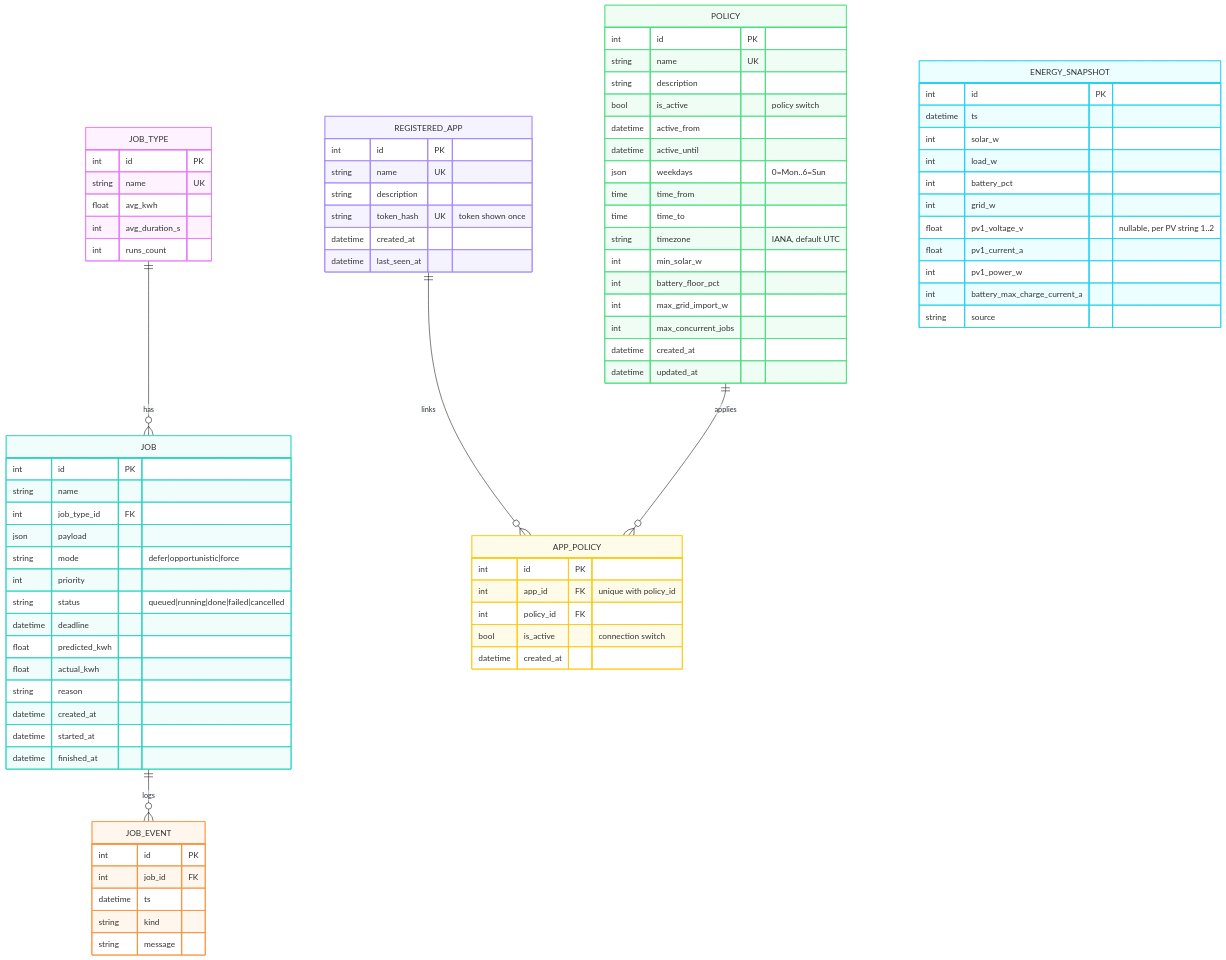
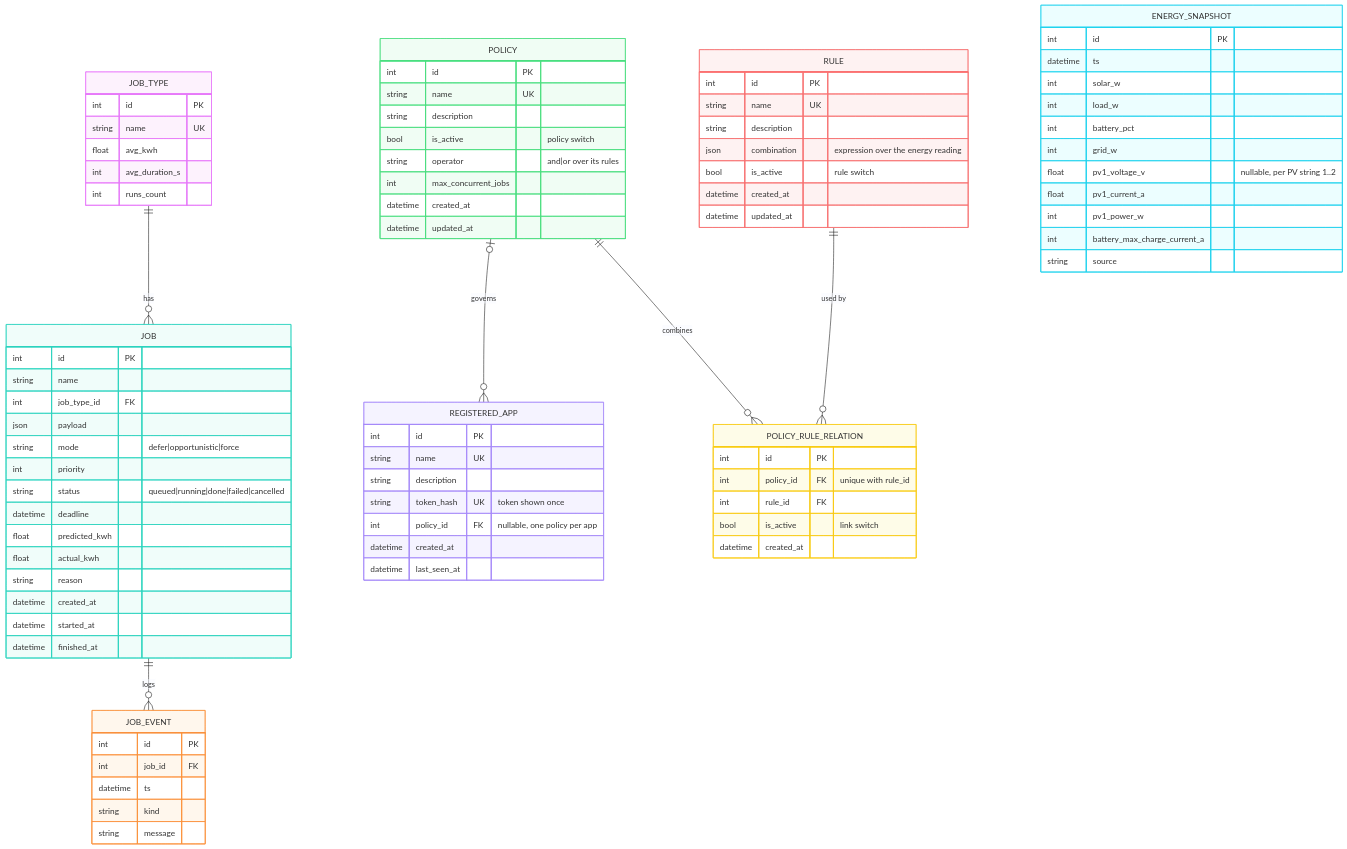
The diagram in docs/db-schema.mmd (Solyariy/DirectorApp), drawn with Mermaid (base theme) before and after one commit. The commit also changed 49 other files, not shown here.

Commit message:
[add] rules and new policy

```diff
--- a/docs/db-schema.mmd
+++ b/docs/db-schema.mmd
@@ -1,104 +1,110 @@
 erDiagram
     JOB_TYPE ||--o{ JOB : has
     JOB ||--o{ JOB_EVENT : logs
-    REGISTERED_APP ||--o{ APP_POLICY : links
-    POLICY ||--o{ APP_POLICY : applies
+    POLICY |o--o{ REGISTERED_APP : governs
+    POLICY ||--o{ POLICY_RULE_RELATION : combines
+    RULE ||--o{ POLICY_RULE_RELATION : "used by"
 
     JOB_TYPE {
         int id PK
         string name UK
         float avg_kwh
         int avg_duration_s
         int runs_count
     }
 
     JOB {
         int id PK
         string name
         int job_type_id FK
         json payload
         string mode "defer|opportunistic|force"
         int priority
         string status "queued|running|done|failed|cancelled"
         datetime deadline
         float predicted_kwh
         float actual_kwh
         string reason
         datetime created_at
         datetime started_at
         datetime finished_at
     }
 
     JOB_EVENT {
         int id PK
         int job_id FK
         datetime ts
         string kind
         string message
     }
 
     ENERGY_SNAPSHOT {
         int id PK
         datetime ts
         int solar_w
         int load_w
         int battery_pct
         int grid_w
         float pv1_voltage_v "nullable, per PV string 1..2"
         float pv1_current_a
         int pv1_power_w
         int battery_max_charge_current_a
         string source
     }
 
     REGISTERED_APP {
         int id PK
         string name UK
         string description
         string token_hash UK "token shown once"
+        int policy_id FK "nullable, one policy per app"
         datetime created_at
         datetime last_seen_at
-    }
-
-    APP_POLICY {
-        int id PK
-        int app_id FK "unique with policy_id"
-        int policy_id FK
-        bool is_active "connection switch"
-        datetime created_at
     }
 
     POLICY {
         int id PK
         string name UK
         string description
         bool is_active "policy switch"
-        datetime active_from
-        datetime active_until
-        json weekdays "0=Mon..6=Sun"
-        time time_from
-        time time_to
-        string timezone "IANA, default UTC"
-        int min_solar_w
-        int battery_floor_pct
-        int max_grid_import_w
+        string operator "and|or over its rules"
         int max_concurrent_jobs
+        datetime created_at
+        datetime updated_at
+    }
+
+    POLICY_RULE_RELATION {
+        int id PK
+        int policy_id FK "unique with rule_id"
+        int rule_id FK
+        bool is_active "link switch"
+        datetime created_at
+    }
+
+    RULE {
+        int id PK
+        string name UK
+        string description
+        json combination "expression over the energy reading"
+        bool is_active "rule switch"
         datetime created_at
         datetime updated_at
     }
 
     classDef jobType fill:#fdf2fd,stroke:#e879f9
     classDef job fill:#f0fdfa,stroke:#2dd4bf
     classDef jobEvent fill:#fff7ed,stroke:#fb923c
     classDef energy fill:#ecfeff,stroke:#22d3ee
     classDef policy fill:#f0fdf4,stroke:#4ade80
     classDef app fill:#f5f3ff,stroke:#a78bfa
     classDef edge fill:#fefce8,stroke:#facc15
+    classDef rule fill:#fef2f2,stroke:#f87171
 
     class JOB_TYPE jobType
     class JOB job
     class JOB_EVENT jobEvent
     class ENERGY_SNAPSHOT energy
     class POLICY policy
     class REGISTERED_APP app
-    class APP_POLICY edge
+    class POLICY_RULE_RELATION edge
+    class RULE rule
```
